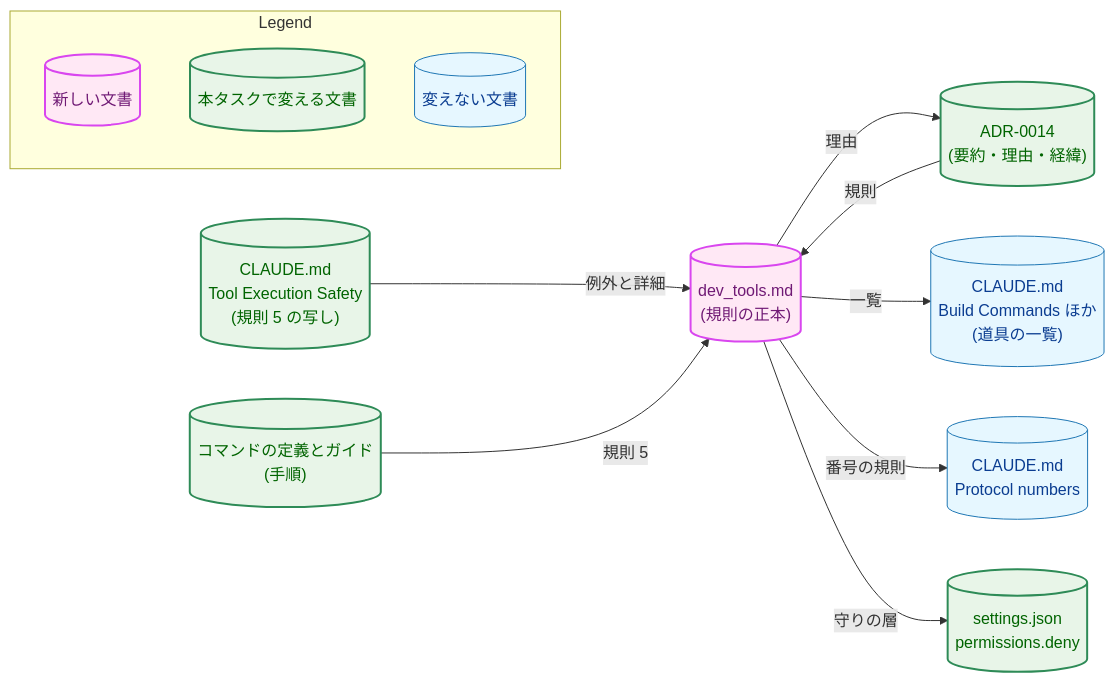
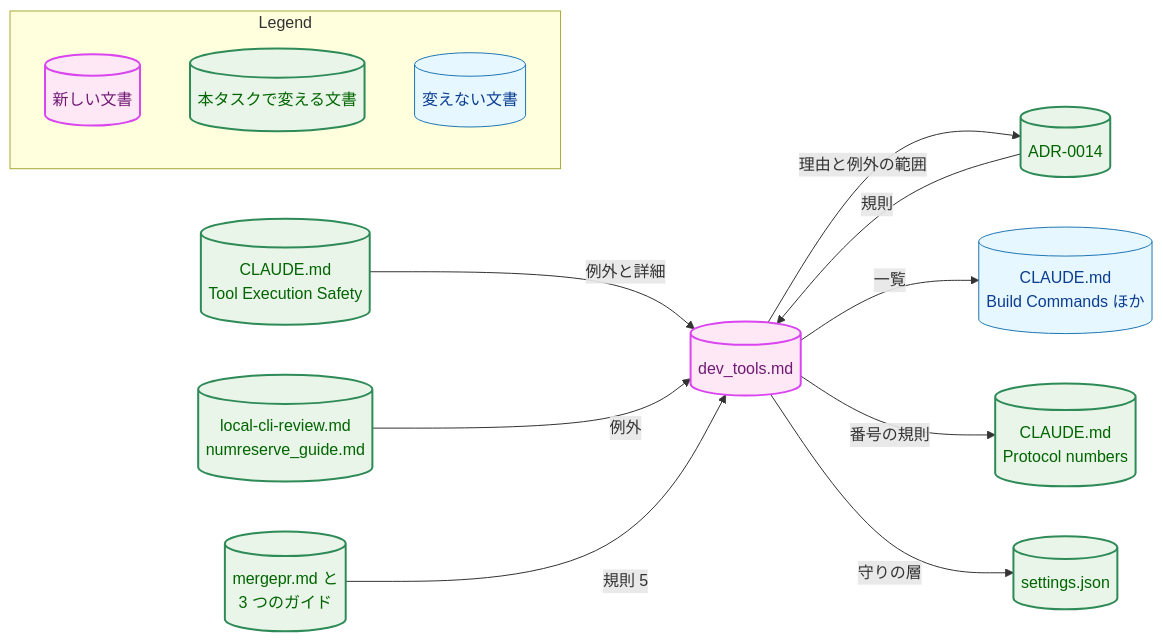
The first of 4 diagrams in docs/tasks/0112_dev_tools_convention/02_architecture.md (isseis/yt2column), drawn with Mermaid before and after one commit. The commit also changed other lines of this file and 1 other file, not shown here.

First line of the commit message:
docs(0112): address the architecture review of the development tools convention

````diff
--- a/docs/tasks/0112_dev_tools_convention/02_architecture.md
+++ b/docs/tasks/0112_dev_tools_convention/02_architecture.md
@@ -40,36 +47,37 @@
 ```mermaid
 flowchart LR
     classDef data fill:#e6f7ff,stroke:#1f77b4,stroke-width:1px,color:#0b3d91;
-    classDef process fill:#fff1e6,stroke:#ff7f0e,stroke-width:1px,color:#8a3e00;
     classDef enhanced fill:#e8f5e8,stroke:#2e8b57,stroke-width:2px,color:#006400;
     classDef newpkg fill:#ffe8f5,stroke:#d946ef,stroke-width:2px,color:#701a75;
 
-    CONV[("dev_tools.md<br>(規則の正本)")]
-    ADR[("ADR-0014<br>(要約・理由・経緯)")]
-    SAFETY[("CLAUDE.md<br>Tool Execution Safety<br>(規則 5 の写し)")]
-    LISTS[("CLAUDE.md<br>Build Commands ほか<br>(道具の一覧)")]
+    CONV[("dev_tools.md")]
+    ADR[("ADR-0014")]
+    SAFETY[("CLAUDE.md<br>Tool Execution Safety")]
+    COPIES[("local-cli-review.md<br>numreserve_guide.md")]
+    LISTS[("CLAUDE.md<br>Build Commands ほか")]
     PROTO[("CLAUDE.md<br>Protocol numbers")]
-    PROC[("コマンドの定義とガイド<br>(手順)")]
-    DENY[("settings.json<br>permissions.deny")]
+    PROC[("mergepr.md と<br>3 つのガイド")]
+    DENY[("settings.json")]
 
-    CONV -->|"理由"| ADR
+    CONV -->|"理由と例外の範囲"| ADR
     ADR -->|"規則"| CONV
     CONV -->|"一覧"| LISTS
     CONV -->|"番号の規則"| PROTO
     SAFETY -->|"例外と詳細"| CONV
+    COPIES -->|"例外"| CONV
     PROC -->|"規則 5"| CONV
     CONV -->|"守りの層"| DENY
 
     class CONV newpkg
-    class ADR,SAFETY,PROC,DENY enhanced
-    class LISTS,PROTO data
+    class ADR,SAFETY,COPIES,PROC,DENY,PROTO enhanced
+    class LISTS data
 
     subgraph Legend["Legend"]
         L1[("新しい文書")]
         L2[("本タスクで変える文書")]
         L3[("変えない文書")]
     end
     class L1 newpkg
     class L2 enhanced
     class L3 data
 ```
````
